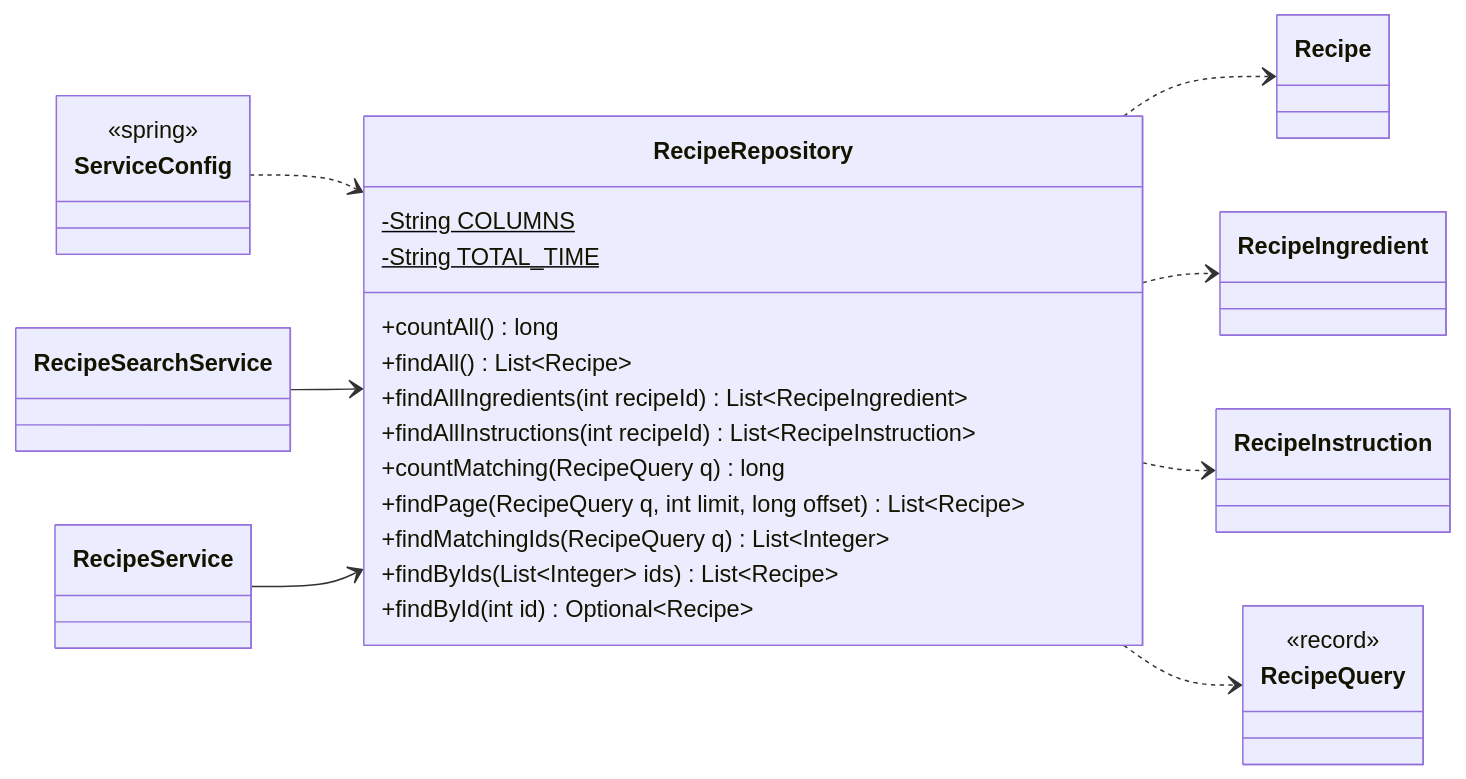
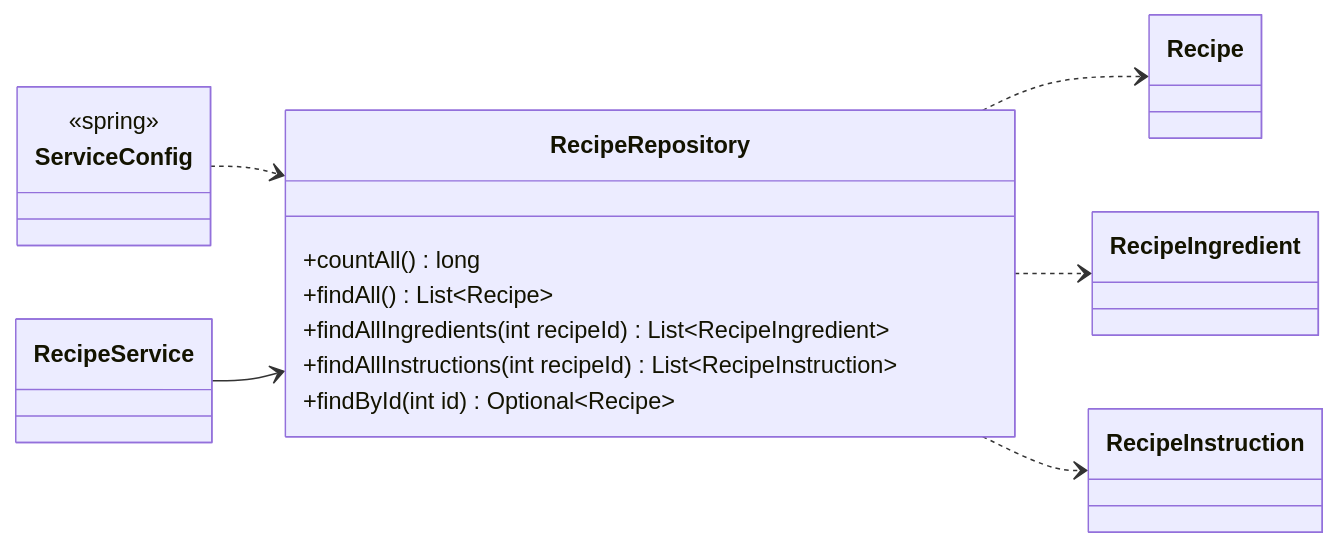
Before and after one commit to Nate-ryan-7690/dahaem: the ninth of 14 diagrams in docs/classes/mealplanner.md, drawn with Mermaid. The commit also changed other lines of this file and 7 other files, not shown here.

````diff
--- a/docs/classes/mealplanner.md
+++ b/docs/classes/mealplanner.md
@@ -610,35 +510,23 @@
 ```mermaid
 classDiagram
     direction LR
     class mealplanner_RecipeRepository["RecipeRepository"] {
         +countAll() long
         +findAll() List~Recipe~
         +findAllIngredients(int recipeId) List~RecipeIngredient~
         +findAllInstructions(int recipeId) List~RecipeInstruction~
-        -String COLUMNS$
-        -String TOTAL_TIME$
-        +countMatching(RecipeQuery q) long
-        +findPage(RecipeQuery q, int limit, long offset) List~Recipe~
-        +findMatchingIds(RecipeQuery q) List~Integer~
-        +findByIds(List~Integer~ ids) List~Recipe~
         +findById(int id) Optional~Recipe~
     }
-    class mealplanner_RecipeSearchService["RecipeSearchService"]
     class mealplanner_RecipeService["RecipeService"]
     class mealplanner_Recipe["Recipe"]
     class mealplanner_RecipeIngredient["RecipeIngredient"]
     class mealplanner_RecipeInstruction["RecipeInstruction"]
-    class mealplanner_RecipeQuery["RecipeQuery"] {
-        <<record>>
-    }
     class api_ServiceConfig["ServiceConfig"] {
         <<spring>>
     }
     mealplanner_RecipeRepository ..> mealplanner_Recipe
     mealplanner_RecipeRepository ..> mealplanner_RecipeIngredient
     mealplanner_RecipeRepository ..> mealplanner_RecipeInstruction
-    mealplanner_RecipeRepository ..> mealplanner_RecipeQuery
     api_ServiceConfig ..> mealplanner_RecipeRepository
-    mealplanner_RecipeSearchService --> mealplanner_RecipeRepository
     mealplanner_RecipeService --> mealplanner_RecipeRepository
 ```
````
